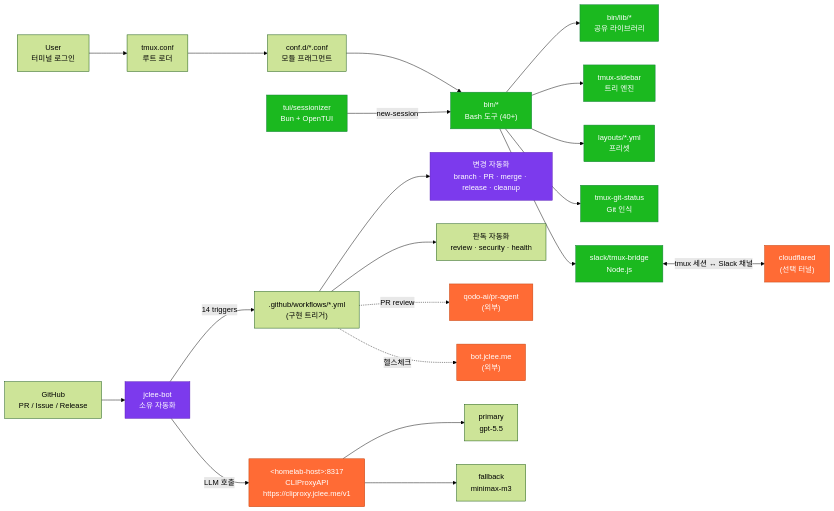
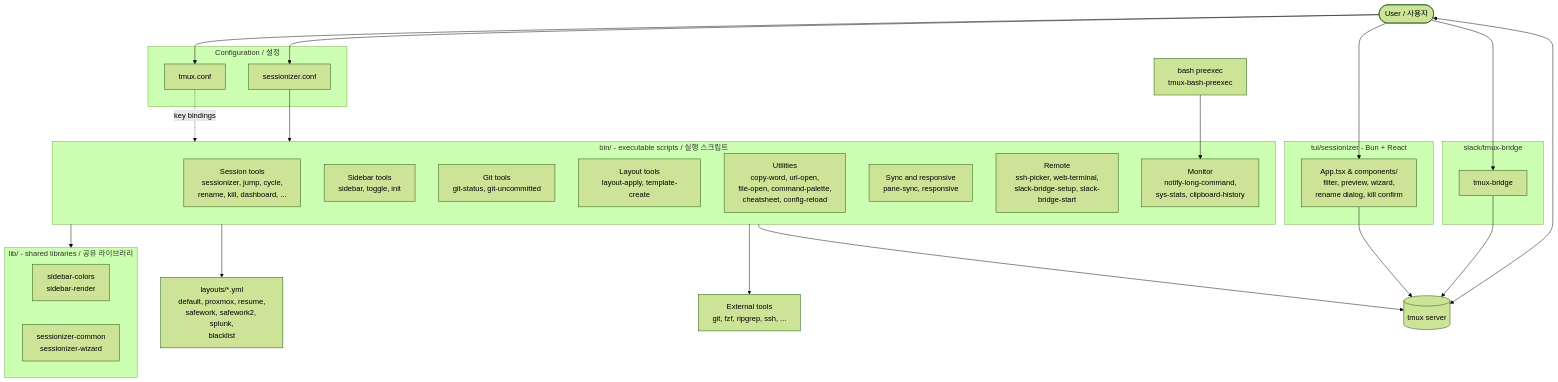
One commit to jclee941/tmux changed the diagram in README.md. Above: the diagram before and after it, drawn with Mermaid (forest theme). The commit also changed other lines of this file, not shown here.

````diff
--- a/README.md
+++ b/README.md
@@ -72,33 +81,54 @@
 ```mermaid
-flowchart LR
-    User["User<br/>터미널 로그인"] --> TmuxConf["tmux.conf<br/>루트 로더"]
-    TmuxConf --> ConfD["conf.d/*.conf<br/>모듈 프래그먼트"]
-    ConfD --> Bin["bin/*<br/>Bash 도구 (40+)"]
-    Bin --> Lib["bin/lib/*<br/>공유 라이브러리"]
+flowchart TB
+    User(["User / 사용자"])
 
-    Bin --> Sidebar["tmux-sidebar<br/>트리 엔진"]
-    Bin --> Layouts["layouts/*.yml<br/>프리셋"]
-    Bin --> Git["tmux-git-status<br/>Git 인식"]
-    Bin --> Slack["slack/tmux-bridge<br/>Node.js"]
+    subgraph Config["Configuration / 설정"]
+        TmuxConf["tmux.conf"]
+        SessionizerConf["sessionizer.conf"]
+    end
 
-    TUI["tui/sessionizer<br/>Bun + OpenTUI"] -->|new-session| Bin
-    Slack <-->|tmux 세션 ↔ Slack 채널| Cloudflare["cloudflared<br/>(선택 터널)"]
+    subgraph Bin["bin/ - executable scripts / 실행 스크립트"]
+        Session["Session tools<br/>sessionizer, jump, cycle,<br/>rename, kill, dashboard, ..."]
+        Sidebar["Sidebar tools<br/>sidebar, toggle, init"]
+        Git["Git tools<br/>git-status, git-uncommitted"]
+        LayoutTools["Layout tools<br/>layout-apply, template-create"]
+        Utility["Utilities<br/>copy-word, url-open,<br/>file-open, command-palette,<br/>cheatsheet, config-reload"]
+        Sync["Sync and responsive<br/>pane-sync, responsive"]
+        Remote["Remote<br/>ssh-picker, web-terminal,<br/>slack-bridge-setup, slack-bridge-start"]
+        Monitor["Monitor<br/>notify-long-command,<br/>sys-stats, clipboard-history"]
+    end
 
-    GH["GitHub<br/>PR / Issue / Release"] --> Bot["jclee-bot<br/>소유 자동화"]
-    Bot -->|14 triggers| WF[".github/workflows/*.yml<br/>(구현 트리거)"]
-    WF --> Mut["변경 자동화<br/>branch · PR · merge · release · cleanup"]
-    WF --> RO["판독 자동화<br/>review · security · health"]
+    subgraph Lib["lib/ - shared libraries / 공유 라이브러리"]
+        SidebarLib["sidebar-colors<br/>sidebar-render"]
+        SessionizerLib["sessionizer-common<br/>sessionizer-wizard"]
+    end
 
-    Bot -->|LLM 호출| CLIProxy["&lt;homelab-host&gt;:8317<br/>CLIProxyAPI<br/>https://cliproxy.jclee.me/v1"]
-    CLIProxy --> Primary["primary<br/>gpt-5.5"]
-    CLIProxy --> Fallback["fallback<br/>minimax-m3"]
-    WF -.->|PR review| Qodo["qodo-ai/pr-agent<br/>(외부)"]
-    WF -.->|헬스체크| BotSite["bot.jclee.me<br/>(외부)"]
+    LayoutsDir["layouts/*.yml<br/>default, proxmox, resume,<br/>safework, safework2, splunk,<br/>blacklist"]
 
-    classDef owned fill:#7C3AED,color:#fff,stroke:#5B21B6;
-    classDef external fill:#FF6B35,color:#fff,stroke:#C2410C;
-    classDef app fill:#1BB91F,color:#fff,stroke:#15803D;
-    class Bot,Mut owned;
-    class CLIProxy,Qodo,BotSite,Cloudflare external;
-    class TUI,Slack,Bin,Lib,Sidebar,Layouts,Git app;
+    subgraph TUI["tui/sessionizer - Bun + React"]
+        BunApp["App.tsx &amp; components/<br/>filter, preview, wizard,<br/>rename dialog, kill confirm"]
+    end
+
+    subgraph SlackDir["slack/tmux-bridge"]
+        Bridge["tmux-bridge"]
+    end
+
+    TmuxServer[("tmux server")]
+    External["External tools<br/>git, fzf, ripgrep, ssh, ..."]
+    BashPre["bash preexec<br/>tmux-bash-preexec"]
+
+    User --> TmuxConf
+    User --> SessionizerConf
+    TmuxConf -. "key bindings" .-> Bin
+    SessionizerConf --> Bin
+    Bin --> Lib
+    Bin --> LayoutsDir
+    Bin --> External
+    Bin --> TmuxServer
+    User --> BunApp
+    BunApp --> TmuxServer
+    User --> Bridge
+    Bridge --> TmuxServer
+    User <--> TmuxServer
+    BashPre --> Monitor
 ```
````
